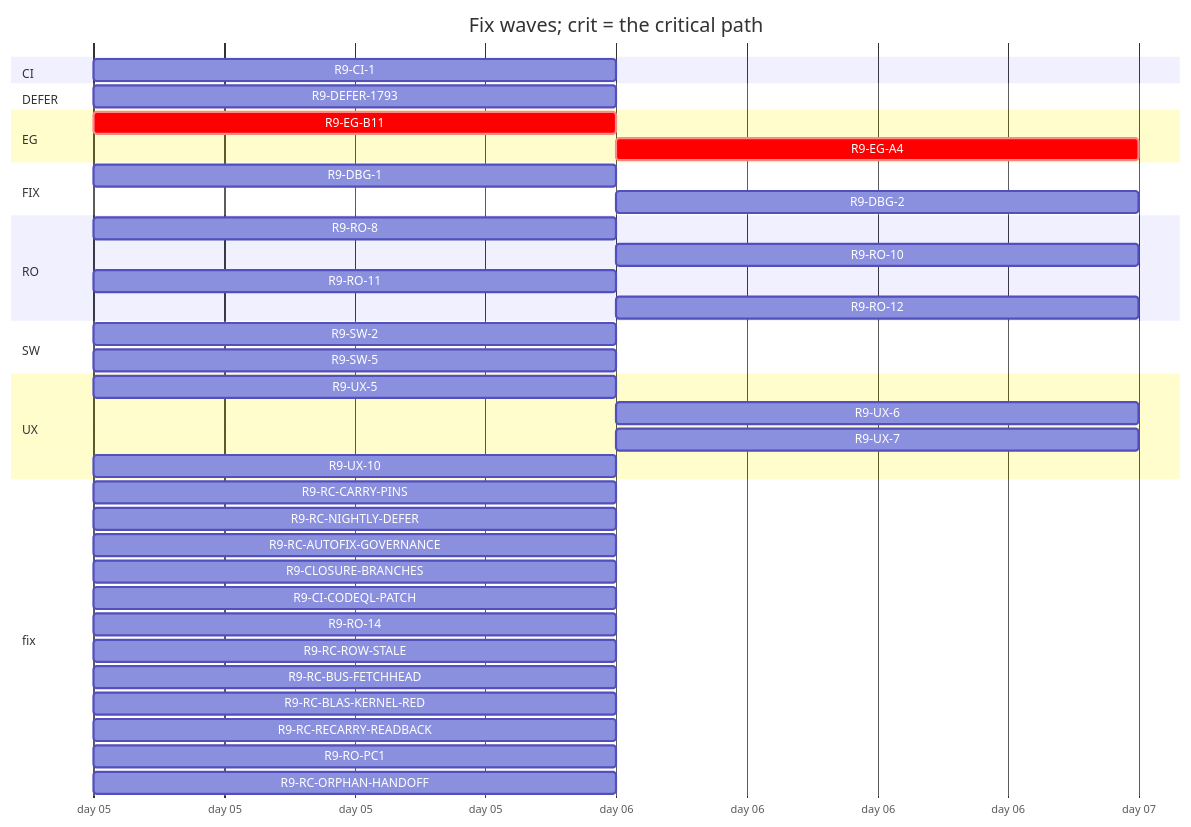
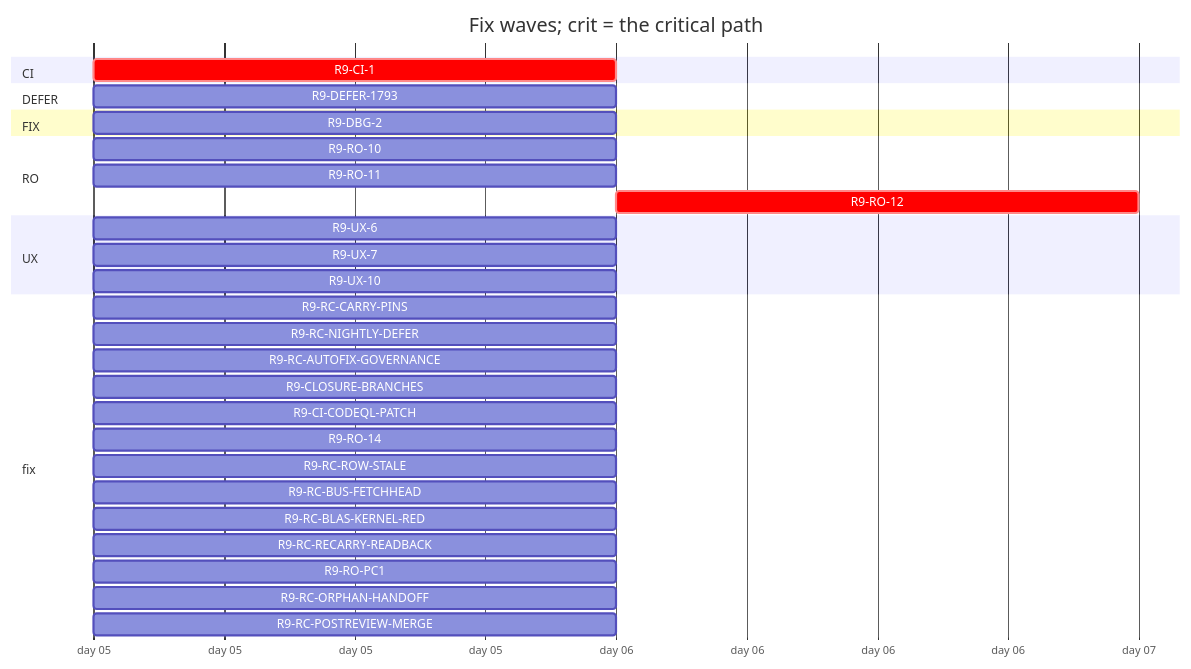
Before and after one commit to tvofi/heatpump_optimizer: the diagram in handoff/round9/state/PLAN-TABLE.md, drawn with Mermaid. The commit also changed other lines of this file and 2 other files, not shown here.

Commit message:
state: auto-beat after main 70b50c5730d7fa5b2e7140cb36371bc041522f73

````diff
--- a/handoff/round9/state/PLAN-TABLE.md
+++ b/handoff/round9/state/PLAN-TABLE.md
@@ -21,42 +19,34 @@
 ```mermaid
 gantt
   title Fix waves; crit = the critical path
   dateFormat YYYY-MM-DD
   axisFormat day %d
   section CI
-    R9-CI-1 :r9CI1, 2026-01-05, 1d
+    R9-CI-1 :crit, r9CI1, 2026-01-05, 1d
   section DEFER
     R9-DEFER-1793 :r9DEFER1793, 2026-01-05, 1d
-  section EG
-    R9-EG-B11 :crit, r9EGB11, 2026-01-05, 1d
-    R9-EG-A4 :crit, r9EGA4, after r9EGB11, 1d
   section FIX
-    R9-DBG-1 :r9DBG1, 2026-01-05, 1d
-    R9-DBG-2 :r9DBG2, after r9DBG1, 1d
+    R9-DBG-2 :r9DBG2, 2026-01-05, 1d
   section RO
-    R9-RO-8 :r9RO8, 2026-01-05, 1d
-    R9-RO-10 :r9RO10, after r9RO8, 1d
+    R9-RO-10 :r9RO10, 2026-01-05, 1d
     R9-RO-11 :r9RO11, 2026-01-05, 1d
-    R9-RO-12 :r9RO12, after r9CI1, 1d
-  section SW
-    R9-SW-2 :r9SW2, 2026-01-05, 1d
-    R9-SW-5 :r9SW5, 2026-01-05, 1d
+    R9-RO-12 :crit, r9RO12, after r9CI1, 1d
   section UX
-    R9-UX-5 :r9UX5, 2026-01-05, 1d
-    R9-UX-6 :r9UX6, after r9EGB11 r9UX5, 1d
-    R9-UX-7 :r9UX7, after r9EGB11 r9UX5, 1d
+    R9-UX-6 :r9UX6, 2026-01-05, 1d
+    R9-UX-7 :r9UX7, 2026-01-05, 1d
     R9-UX-10 :r9UX10, 2026-01-05, 1d
   section fix
     R9-RC-CARRY-PINS :r9RCCARRYPINS, 2026-01-05, 1d
     R9-RC-NIGHTLY-DEFER :r9RCNIGHTLYDEFER, 2026-01-05, 1d
     R9-RC-AUTOFIX-GOVERNANCE :r9RCAUTOFIXGOVERNANCE, 2026-01-05, 1d
     R9-CLOSURE-BRANCHES :r9CLOSUREBRANCHES, 2026-01-05, 1d
     R9-CI-CODEQL-PATCH :r9CICODEQLPATCH, 2026-01-05, 1d
     R9-RO-14 :r9RO14, 2026-01-05, 1d
     R9-RC-ROW-STALE :r9RCROWSTALE, 2026-01-05, 1d
     R9-RC-BUS-FETCHHEAD :r9RCBUSFETCHHEAD, 2026-01-05, 1d
     R9-RC-BLAS-KERNEL-RED :r9RCBLASKERNELRED, 2026-01-05, 1d
     R9-RC-RECARRY-READBACK :r9RCRECARRYREADBACK, 2026-01-05, 1d
     R9-RO-PC1 :r9ROPC1, 2026-01-05, 1d
     R9-RC-ORPHAN-HANDOFF :r9RCORPHANHANDOFF, 2026-01-05, 1d
+    R9-RC-POSTREVIEW-MERGE :r9RCPOSTREVIEWMERGE, 2026-01-05, 1d
 ```
````
